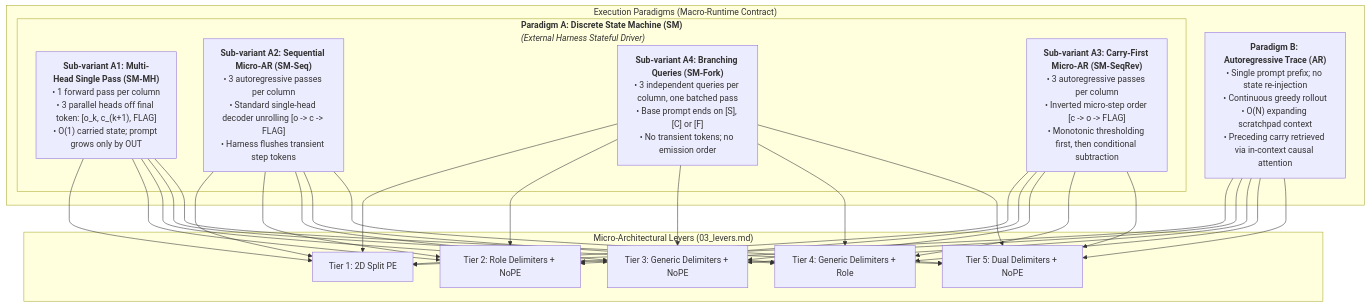
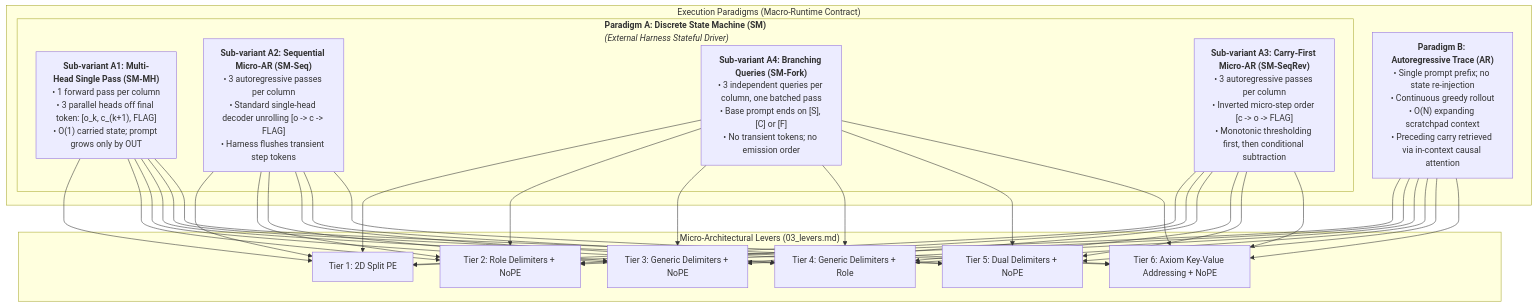
Before and after one commit to louiseightsix/yessir: the diagram in spec/02_mechanics.md, drawn with Mermaid. The commit also changed other lines of this file and 13 other files, not shown here.

````diff
--- a/spec/02_mechanics.md
+++ b/spec/02_mechanics.md
@@ -15,26 +15,27 @@
 ```mermaid
 flowchart TD
     subgraph P["Execution Paradigms (Macro-Runtime Contract)"]
         subgraph SM["<b>Paradigm A: Discrete State Machine (SM)</b><br/><i>(External Harness Stateful Driver)</i>"]
             SM_MH["<b>Sub-variant A1: Multi-Head Single Pass (SM-MH)</b><br/>• 1 forward pass per column<br/>• 3 parallel heads off final token: [o_k, c_(k+1), FLAG]<br/>• O(1) carried state; prompt grows only by OUT"]
             SM_Seq["<b>Sub-variant A2: Sequential Micro-AR (SM-Seq)</b><br/>• 3 autoregressive passes per column<br/>• Standard single-head decoder unrolling [o -> c -> FLAG]<br/>• Harness flushes transient step tokens"]
             SM_Fork["<b>Sub-variant A4: Branching Queries (SM-Fork)</b><br/>• 3 independent queries per column, one batched pass<br/>• Base prompt ends on [S], [C] or [F]<br/>• No transient tokens; no emission order"]
             SM_SeqRev["<b>Sub-variant A3: Carry-First Micro-AR (SM-SeqRev)</b><br/>• 3 autoregressive passes per column<br/>• Inverted micro-step order [c -> o -> FLAG]<br/>• Monotonic thresholding first, then conditional subtraction"]
         end
         AR["<b>Paradigm B: Autoregressive Trace (AR)</b><br/>• Single prompt prefix; no state re-injection<br/>• Continuous greedy rollout<br/>• O(N) expanding scratchpad context<br/>• Preceding carry retrieved via in-context causal attention"]
     end
 
     subgraph L["Micro-Architectural Levers (03_levers.md)"]
         T1["Tier 1: 2D Split PE"]
         T2["Tier 2: Role Delimiters + NoPE"]
         T3["Tier 3: Generic Delimiters + NoPE"]
         T4["Tier 4: Generic Delimiters + Role"]
         T5["Tier 5: Dual Delimiters + NoPE"]
+        T6["Tier 6: Axiom Key-Value Addressing + NoPE"]
     end
 
-    SM_MH --> T1 & T2 & T3 & T4 & T5
-    SM_Seq --> T1 & T2 & T3 & T4 & T5
-    SM_SeqRev --> T1 & T2 & T3 & T4 & T5
-    SM_Fork --> T1 & T2 & T3 & T4 & T5
-    AR --> T1 & T2 & T3 & T4 & T5
+    SM_MH --> T1 & T2 & T3 & T4 & T5 & T6
+    SM_Seq --> T1 & T2 & T3 & T4 & T5 & T6
+    SM_SeqRev --> T1 & T2 & T3 & T4 & T5 & T6
+    SM_Fork --> T1 & T2 & T3 & T4 & T5 & T6
+    AR --> T1 & T2 & T3 & T4 & T5 & T6
 ```
````
